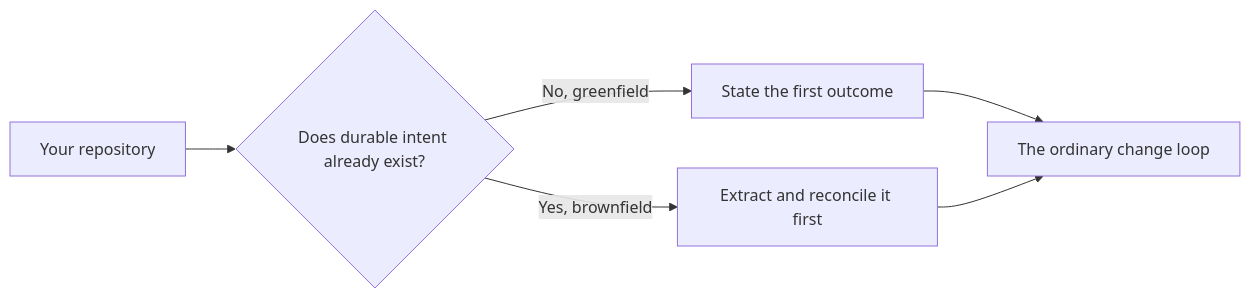
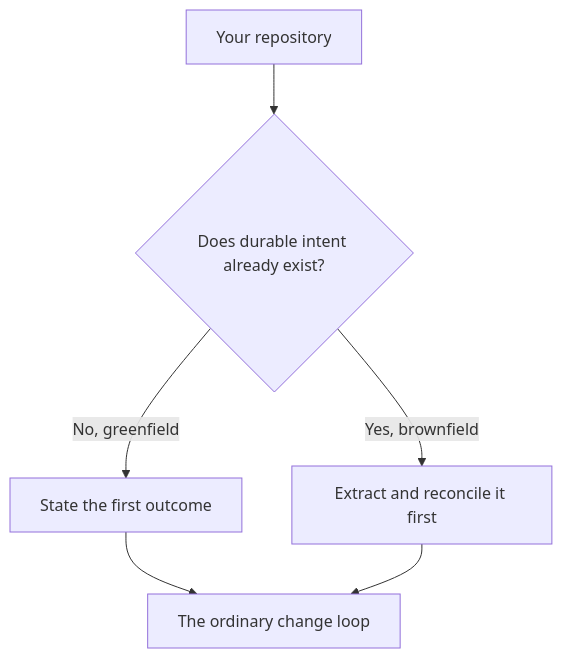
One commit to cliewen/cliewen changed the diagram in guide/adoption.md. Above: the diagram before and after it, drawn with Mermaid. The commit also changed 3 other files, not shown here.

Commit message:
Standardize Mermaid diagrams' flow direction across the guide

````diff
--- a/guide/adoption.md
+++ b/guide/adoption.md
@@ -5,8 +5,8 @@
 ```mermaid
-graph LR
+graph TD
   S["Your repository"] --> Q{"Does durable intent already exist?"}
   Q -- "No, greenfield" --> G["State the first outcome"]
   Q -- "Yes, brownfield" --> B["Extract and reconcile it first"]
   G --> L["The ordinary change loop"]
   B --> L
 ```
````
